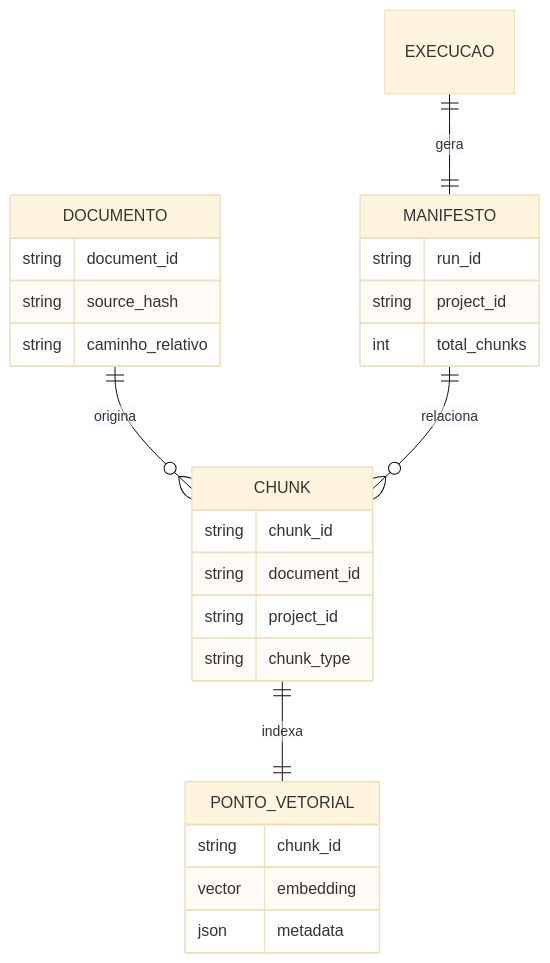
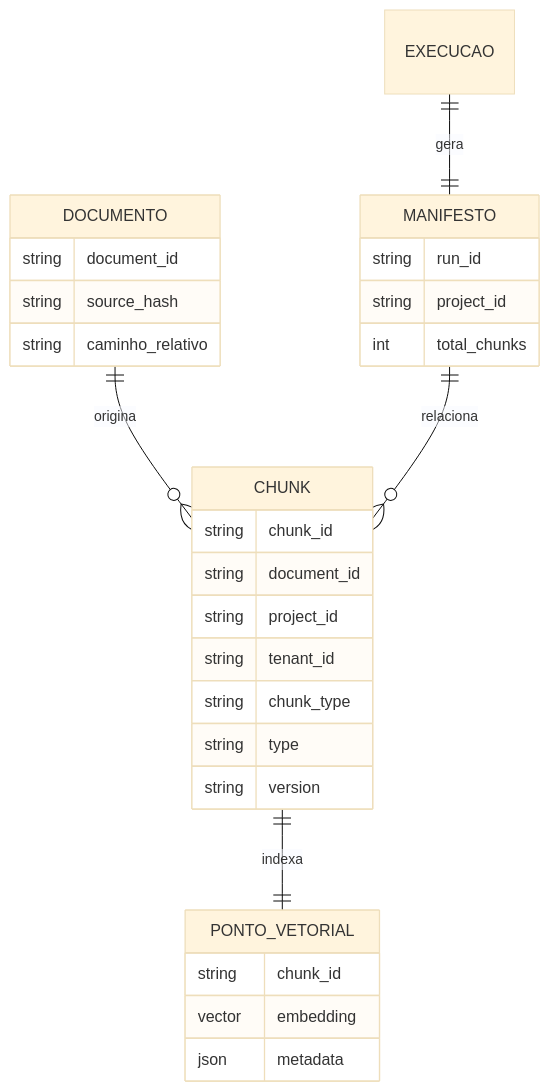
Before and after one commit to marciohernandez/rag-pipeline: the second of 2 diagrams in docs/database.md, drawn with Mermaid (base theme). The commit also changed other lines of this file and 24 other files, not shown here.

````diff
--- a/docs/database.md
+++ b/docs/database.md
@@ -18,29 +18,32 @@
 ```mermaid
 erDiagram
   DOCUMENTO ||--o{ CHUNK : origina
   EXECUCAO ||--|| MANIFESTO : gera
   MANIFESTO ||--o{ CHUNK : relaciona
   CHUNK ||--|| PONTO_VETORIAL : indexa
 
   DOCUMENTO {
     string document_id
     string source_hash
     string caminho_relativo
   }
   CHUNK {
     string chunk_id
     string document_id
     string project_id
+    string tenant_id
     string chunk_type
+    string type
+    string version
   }
   MANIFESTO {
     string run_id
     string project_id
     int total_chunks
   }
   PONTO_VETORIAL {
     string chunk_id
     vector embedding
     json metadata
   }
 ```
````
